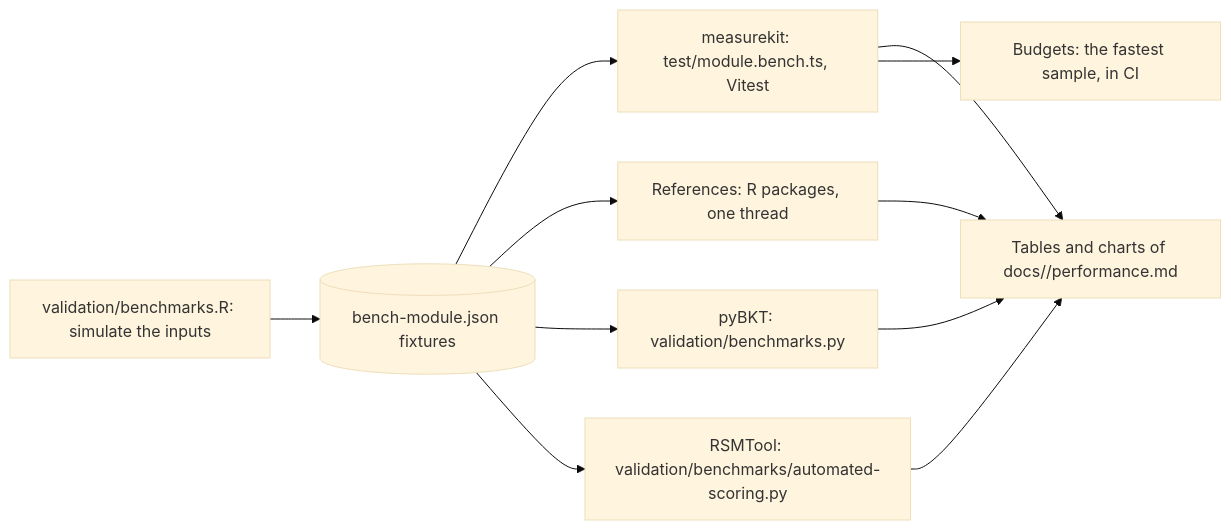
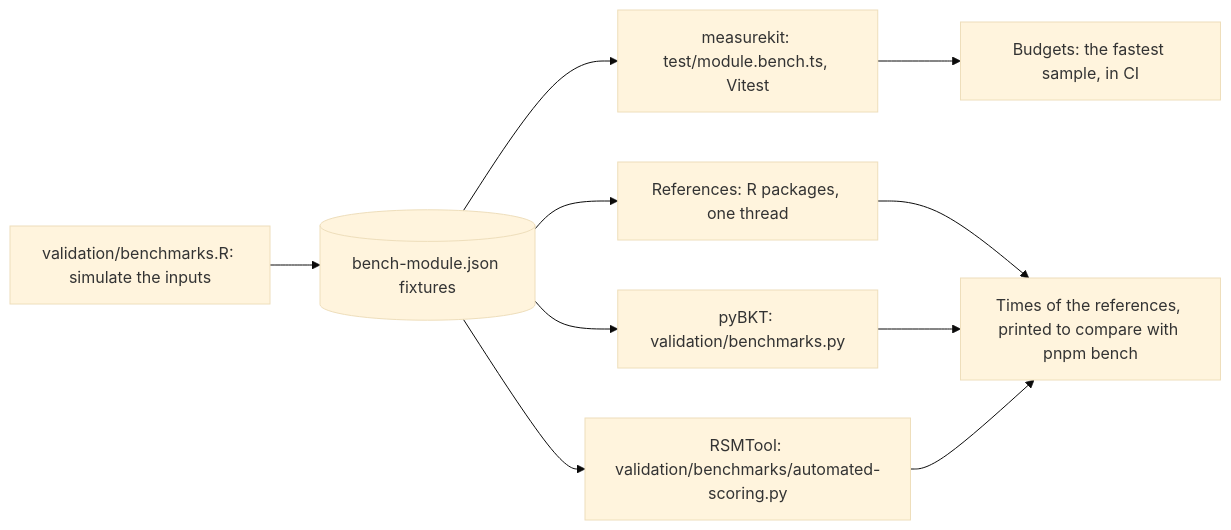
The second of 2 diagrams in validation/README.md (measurekit/measurekit), drawn with Mermaid (base theme) before and after one commit. The commit also changed other lines of this file and 35 other files, not shown here.

````diff
--- a/validation/README.md
+++ b/validation/README.md
@@ -231,13 +232,12 @@
 ```mermaid
 flowchart LR
   S["validation/benchmarks.R: simulate the inputs"] --> F[("bench-module.json fixtures")]
   F --> M["measurekit: test/module.bench.ts, Vitest"]
   F --> R["References: R packages, one thread"]
   F --> P["pyBKT: validation/benchmarks.py"]
   F --> Q["RSMTool: validation/benchmarks/automated-scoring.py"]
-  M --> T["Tables and charts of docs/<package>/performance.md"]
-  R --> T
+  M --> B["Budgets: the fastest sample, in CI"]
+  R --> T["Times of the references, printed to compare with pnpm bench"]
   P --> T
   Q --> T
-  M --> B["Budgets: the fastest sample, in CI"]
 ```
````
